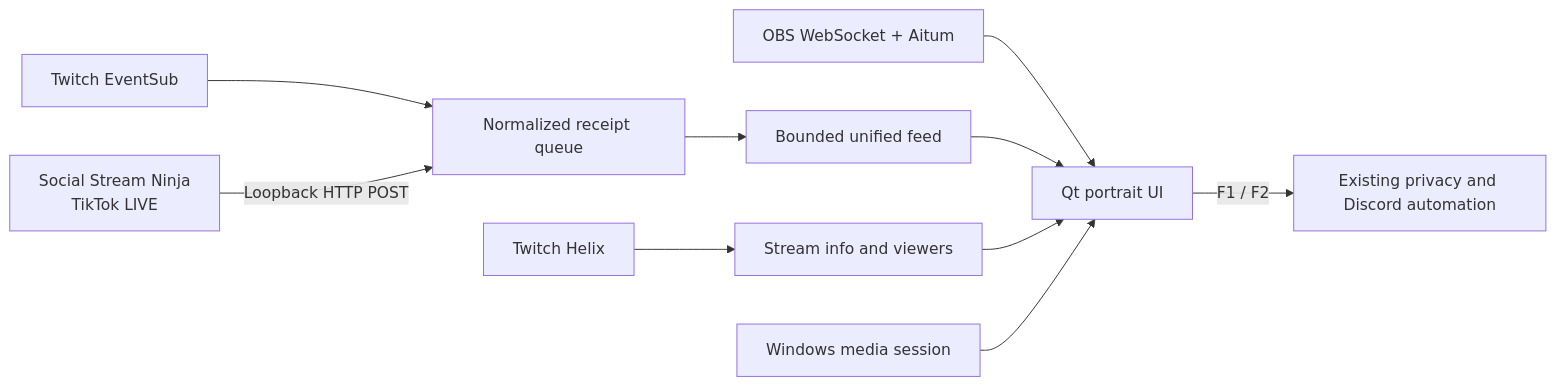
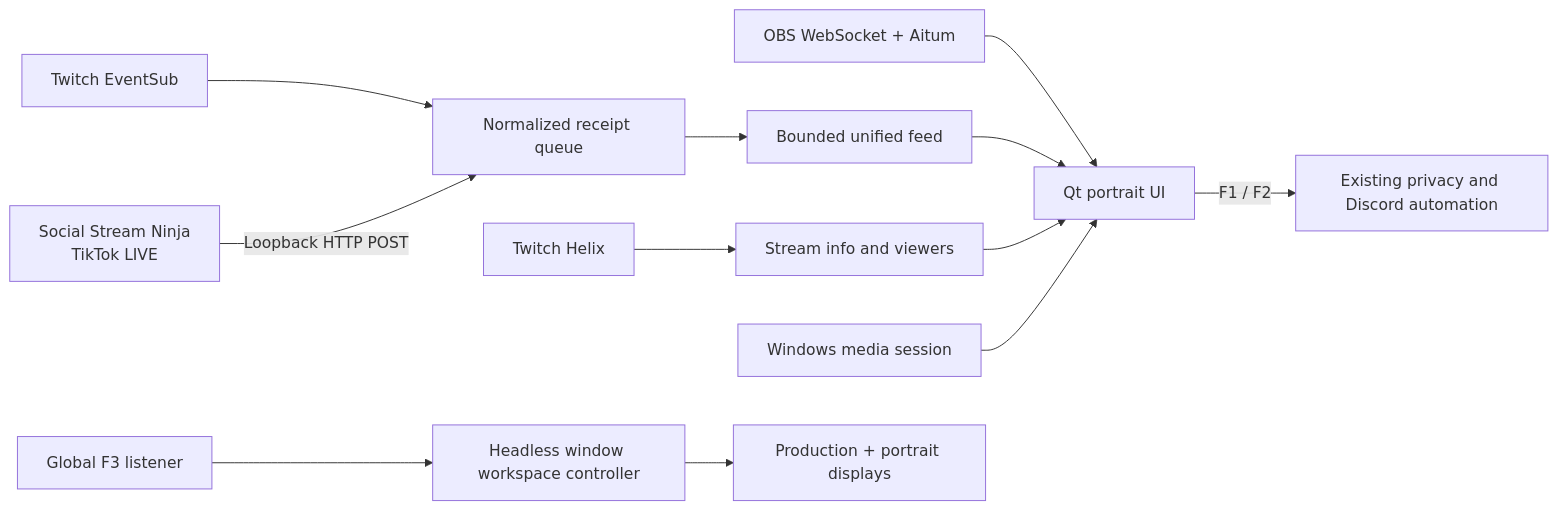
Before and after one commit to CRSD-Lau/Lausudo-Streamer-Console: the diagram in README.md, drawn with Mermaid. The commit also changed other lines of this file and 29 other files, not shown here.

````diff
--- a/README.md
+++ b/README.md
@@ -50,12 +51,14 @@
 ```mermaid
 flowchart LR
     T[Twitch EventSub] --> Q[Normalized receipt queue]
     S[Social Stream Ninja<br>TikTok LIVE] -->|Loopback HTTP POST| Q
     Q --> F[Bounded unified feed]
     H[Twitch Helix] --> I[Stream info and viewers]
     O[OBS WebSocket + Aitum] --> U[Qt portrait UI]
     F --> U
     I --> U
     W[Windows media session] --> U
     U -->|F1 / F2| A[Existing privacy and Discord automation]
+    K[Global F3 listener] --> P[Headless window workspace controller]
+    P --> D[Production + portrait displays]
 ```
````
